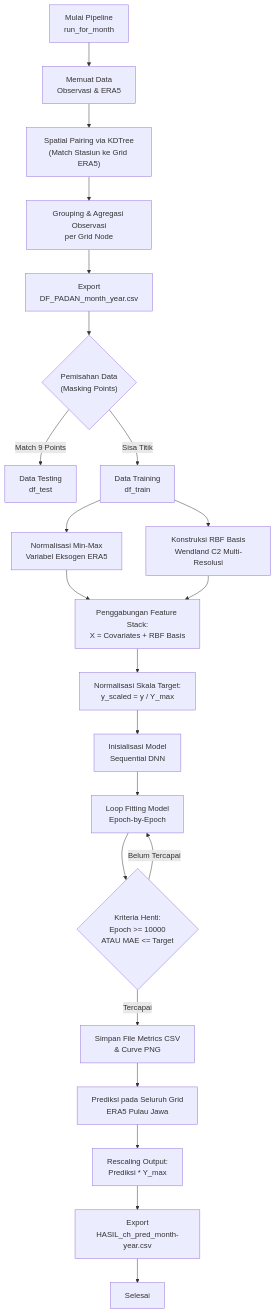
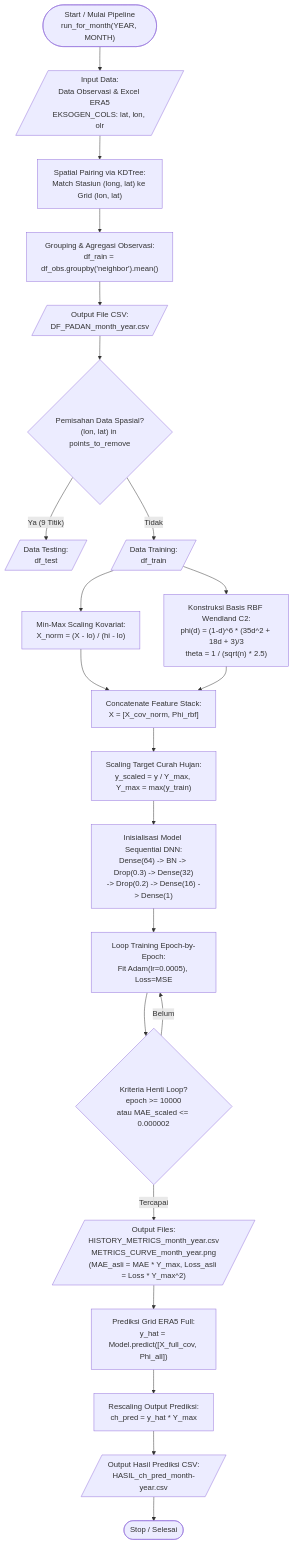
Before and after one commit to pxndameong/dk-2026: the first of 2 diagrams in README.md, drawn with Mermaid. The commit also changed other lines of this file, not shown here.

````diff
--- a/README.md
+++ b/README.md
@@ -26,29 +32,29 @@
 ```mermaid
 flowchart TD
-    A["Mulai Pipeline<br/>run_for_month"] --> B["Memuat Data<br/>Observasi & ERA5"]
-    B --> C["Spatial Pairing via KDTree<br/>(Match Stasiun ke Grid ERA5)"]
-    C --> D["Grouping & Agregasi Observasi<br/>per Grid Node"]
-    D --> E["Export<br/>DF_PADAN_month_year.csv"]
+    A(["Start / Mulai Pipeline<br/>run_for_month(YEAR, MONTH)"]) --> B[/"Input Data:<br/>Data Observasi & Excel ERA5<br/>EKSOGEN_COLS: lat, lon, olr"/]
+    B --> C["Spatial Pairing via KDTree:<br/>Match Stasiun (long, lat) ke Grid (lon, lat)"]
+    C --> D["Grouping & Agregasi Observasi:<br/>df_rain = df_obs.groupby('neighbor').mean()"]
+    D --> E[/"Output File CSV:<br/>DF_PADAN_month_year.csv"/]
     
-    E --> F{"Pemisahan Data<br/>(Masking Points)"}
-    F -->|"Match 9 Points"| G["Data Testing<br/>df_test"]
-    F -->|"Sisa Titik"| H["Data Training<br/>df_train"]
+    E --> F{"Pemisahan Data Spasial?<br/>(lon, lat) in points_to_remove"}
+    F -->|"Ya (9 Titik)"| G[/"Data Testing:<br/>df_test"/]
+    F -->|"Tidak"| H[/"Data Training:<br/>df_train"/]
     
-    H --> I["Normalisasi Min-Max<br/>Variabel Eksogen ERA5"]
-    H --> J["Konstruksi RBF Basis<br/>Wendland C2 Multi-Resolusi"]
+    H --> I["Min-Max Scaling Kovariat:<br/>X_norm = (X - lo) / (hi - lo)"]
+    H --> J["Konstruksi Basis RBF Wendland C2:<br/>phi(d) = (1-d)^6 * (35d^2 + 18d + 3)/3<br/>theta = 1 / (sqrt(n) * 2.5)"]
     
-    I & J --> K["Penggabungan Feature Stack:<br/>X = Covariates + RBF Basis"]
-    K --> L["Normalisasi Skala Target:<br/>y_scaled = y / Y_max"]
+    I & J --> K["Concatenate Feature Stack:<br/>X = [X_cov_norm, Phi_rbf]"]
+    K --> L["Scaling Target Curah Hujan:<br/>y_scaled = y / Y_max, Y_max = max(y_train)"]
     
-    L --> M["Inisialisasi Model<br/>Sequential DNN"]
-    M --> N["Loop Fitting Model<br/>Epoch-by-Epoch"]
+    L --> M["Inisialisasi Model Sequential DNN:<br/>Dense(64) -> BN -> Drop(0.3) -> Dense(32)<br/>-> Drop(0.2) -> Dense(16) -> Dense(1)"]
+    M --> N["Loop Training Epoch-by-Epoch:<br/>Fit Adam(lr=0.0005), Loss=MSE"]
     
-    N --> O{"Kriteria Henti:<br/>Epoch >= 10000<br/>ATAU MAE <= Target"}
-    O -->|"Belum Tercapai"| N
-    O -->|"Tercapai"| P["Simpan File Metrics CSV<br/>& Curve PNG"]
+    N --> O{"Kriteria Henti Loop?<br/>epoch >= 10000<br/>atau MAE_scaled <= 0.000002"}
+    O -->|"Belum"| N
+    O -->|"Tercapai"| P[/"Output Files:<br/>HISTORY_METRICS_month_year.csv<br/>METRICS_CURVE_month_year.png<br/>(MAE_asli = MAE * Y_max, Loss_asli = Loss * Y_max^2)"/]
     
-    P --> Q["Prediksi pada Seluruh Grid<br/>ERA5 Pulau Jawa"]
-    Q --> R["Rescaling Output:<br/>Prediksi * Y_max"]
-    R --> S["Export<br/>HASIL_ch_pred_month-year.csv"]
-    S --> T["Selesai"]
+    P --> Q["Prediksi Grid ERA5 Full:<br/>y_hat = Model.predict([X_full_cov, Phi_all])"]
+    Q --> R["Rescaling Output Prediksi:<br/>ch_pred = y_hat * Y_max"]
+    R --> S[/"Output Hasil Prediksi CSV:<br/>HASIL_ch_pred_month-year.csv"/]
+    S --> T(["Stop / Selesai"])
 ```
````
